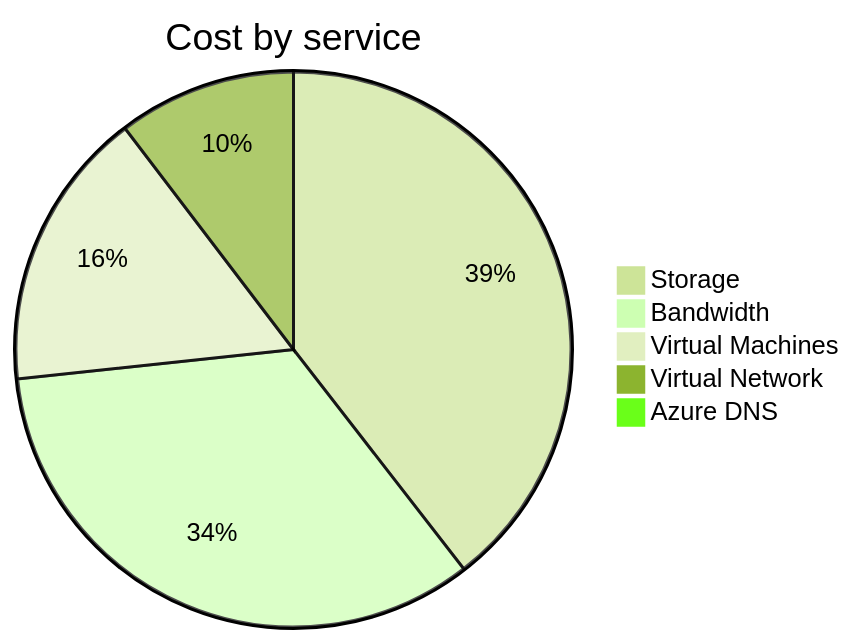
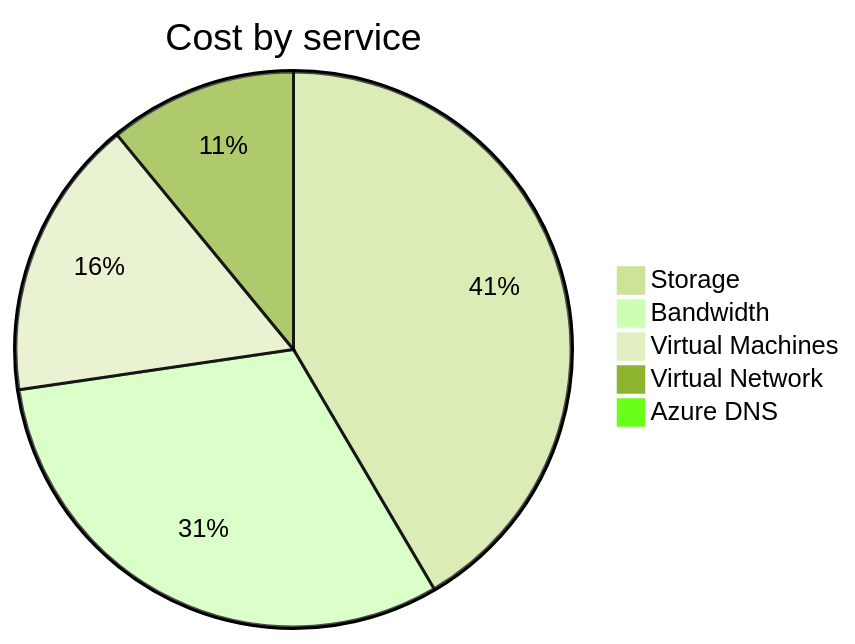
Before and after one commit to jpfulton/azure-personal-reports: the second of 4 diagrams in cost-reports/personal-network/README.md, drawn with Mermaid (forest theme). The commit also changed other lines of this file and 8 other files, not shown here.

````diff
--- a/cost-reports/personal-network/README.md
+++ b/cost-reports/personal-network/README.md
@@ -95,9 +63,9 @@
 ```mermaid
 pie
    title Cost by service
-   "Storage" : 9.53
+   "Storage" : 10.89
    "Bandwidth" : 8.16
-   "Virtual Machines" : 3.94
-   "Virtual Network" : 2.50
-   "Azure DNS" : 0.17
+   "Virtual Machines" : 4.29
+   "Virtual Network" : 2.87
+   "Azure DNS" : 0.19
 ```
````
